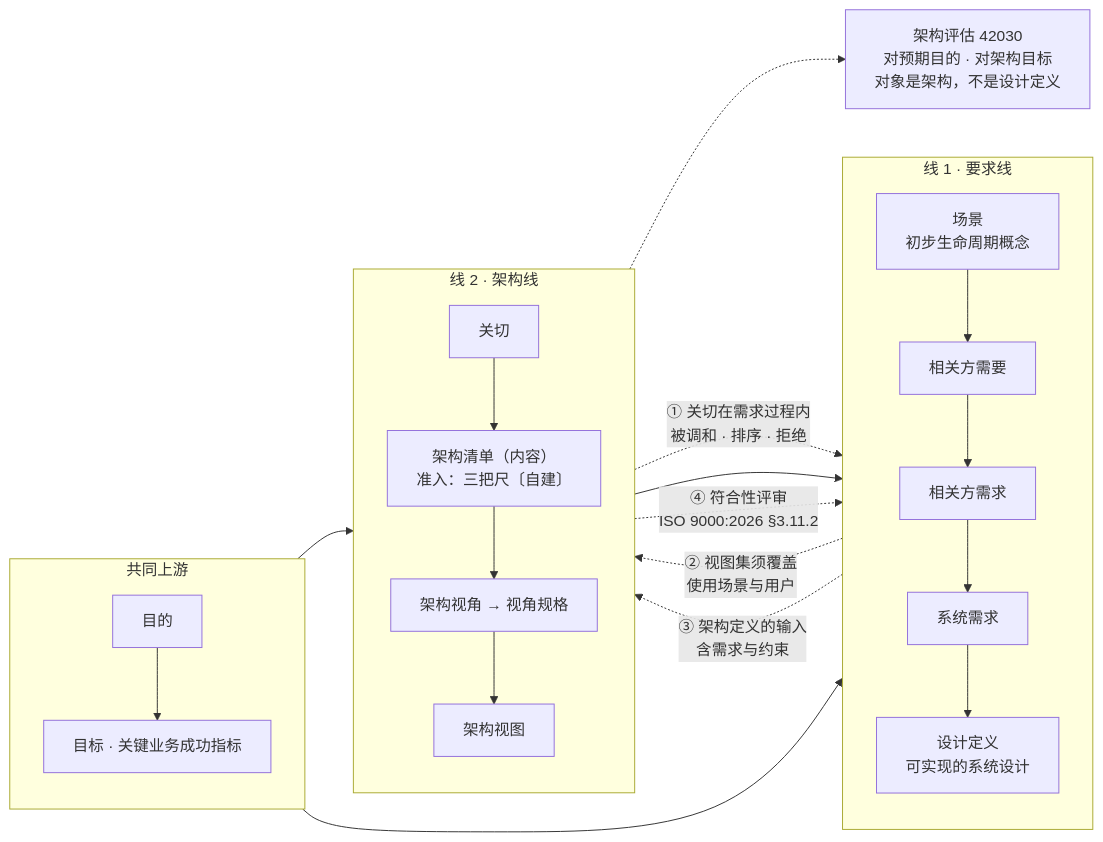
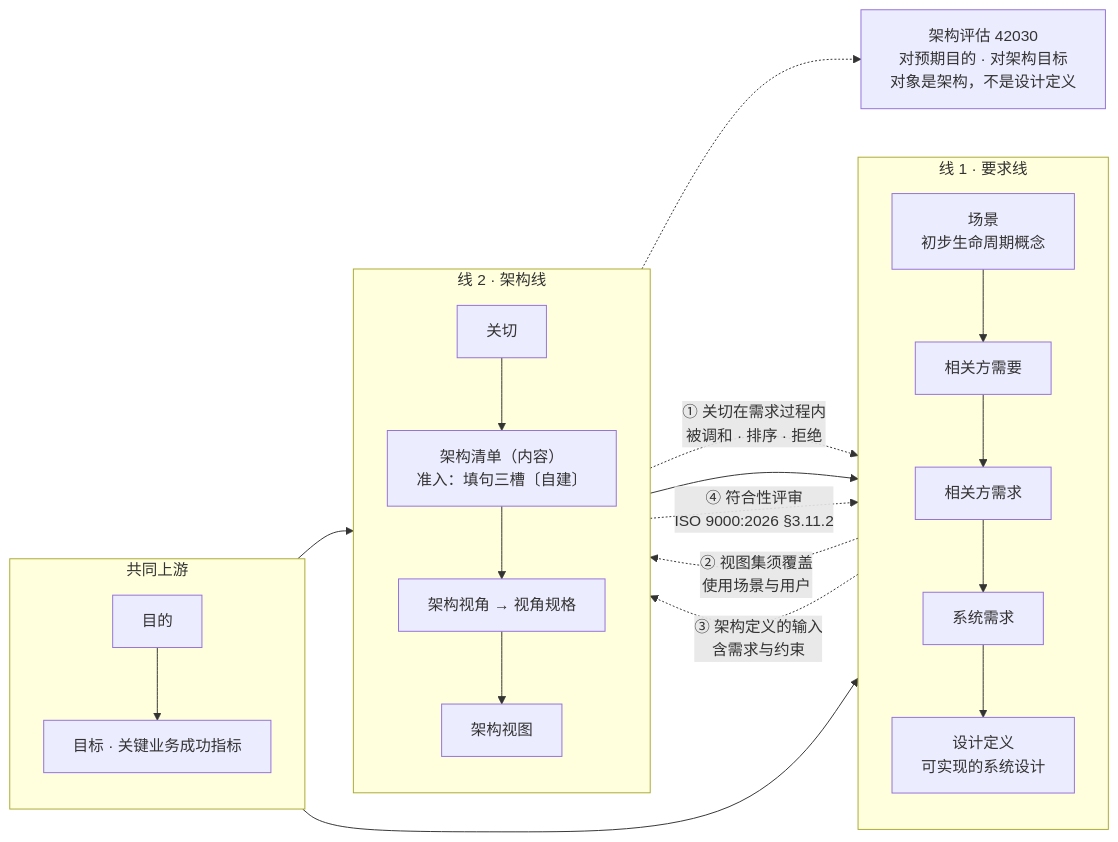
One commit to Yongjunzhou/business-Engineering changed the second of 2 diagrams in 10-系统工程研究/00-系统工程相关研究报告/34-架构与设计过程模型研究报告-从术语定义到双线过程.md. Above: the diagram before and after it, drawn with Mermaid. The commit also changed other lines of this file and 7 other files, not shown here.

````diff
--- a/10-系统工程研究/00-系统工程相关研究报告/34-架构与设计过程模型研究报告-从术语定义到双线过程.md
+++ b/10-系统工程研究/00-系统工程相关研究报告/34-架构与设计过程模型研究报告-从术语定义到双线过程.md
@@ -551,40 +551,40 @@
 ```mermaid
 flowchart LR
   subgraph UP["共同上游"]
     direction TB
     P1["目的"]
     P2["目标 · 关键业务成功指标"]
     P1 --> P2
   end
 
   subgraph L1["线 1 · 要求线"]
     direction TB
     A1["场景<br/>初步生命周期概念"]
     A2["相关方需要"]
     A3["相关方需求"]
     A4["系统需求"]
     A5["设计定义<br/>可实现的系统设计"]
     A1 --> A2 --> A3 --> A4 --> A5
   end
 
   subgraph L2["线 2 · 架构线"]
     direction TB
     B1["关切"]
-    B2["架构清单（内容）<br/>准入：三把尺〔自建〕"]
+    B2["架构清单（内容）<br/>准入：填句三槽〔自建〕"]
     B3["架构视角 → 视角规格"]
     B4["架构视图"]
     B1 --> B2 --> B3 --> B4
   end
 
   P2 --> A1
   P2 --> B1
 
   B1 -. "① 关切在需求过程内<br/>被调和 · 排序 · 拒绝" .-> A3
   A1 -. "② 视图集须覆盖<br/>使用场景与用户" .-> B4
   A4 -. "③ 架构定义的输入<br/>含需求与约束" .-> B2
   B2 --> A5
   B4 -. "④ 符合性评审<br/>ISO 9000:2026 §3.11.2" .-> A5
 
   J4["架构评估 42030<br/>对预期目的 · 对架构目标<br/>对象是架构，不是设计定义"]
   B2 -.-> J4
 ```
````
